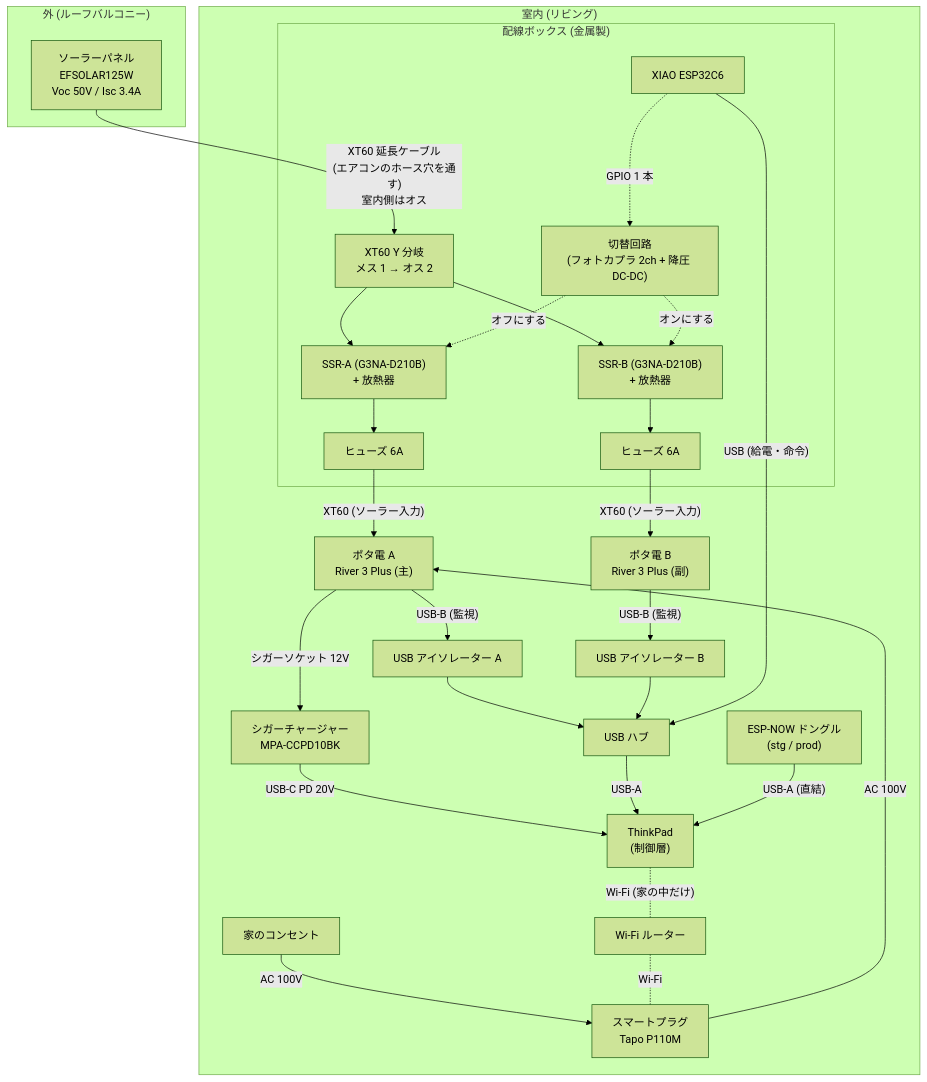
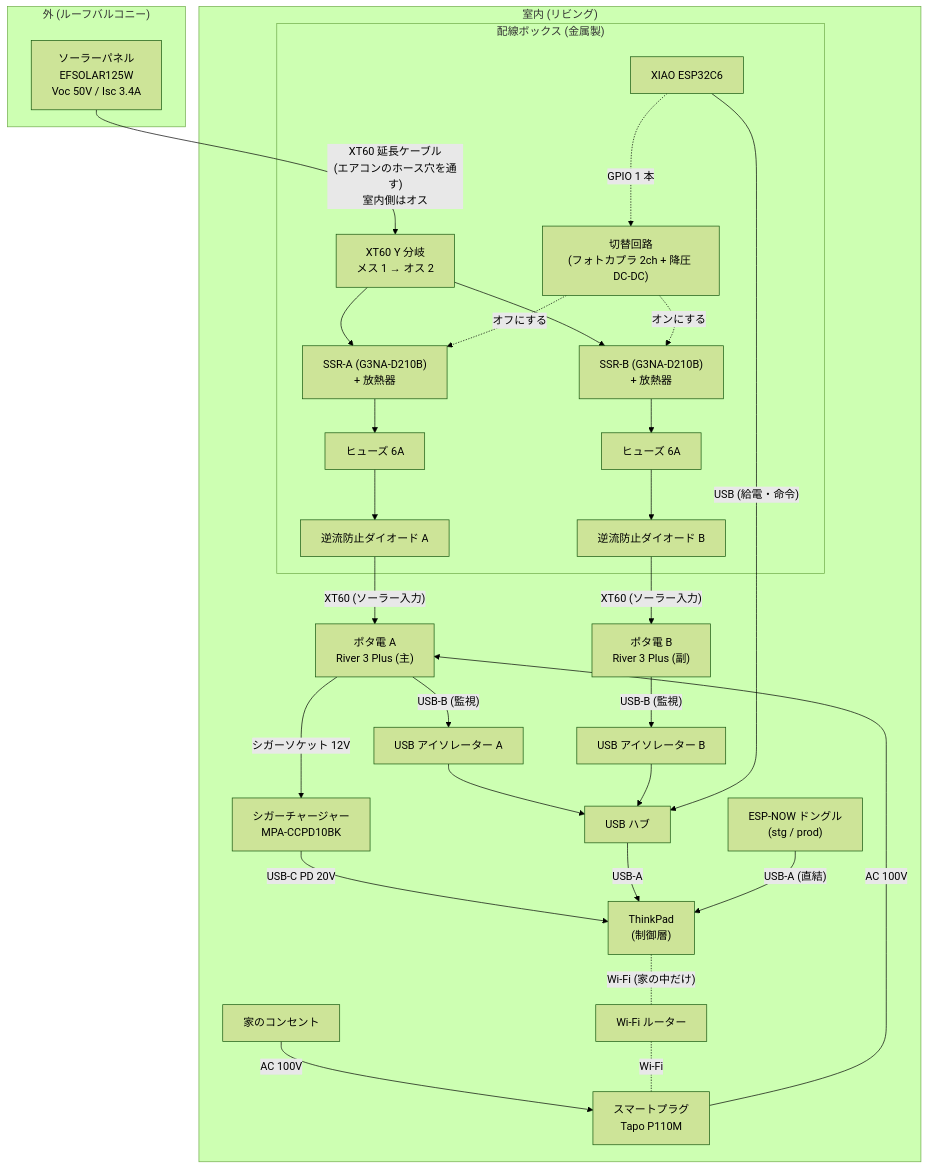
Before and after one commit to junkei-okinawa/FarmVerse: the first of 2 diagrams in docs/3_PowerSystem/01_電源システム設計.md, drawn with Mermaid (forest theme).

Commit message:
docs(power): show backflow diodes in the overall wiring diagram

````diff
--- a/docs/3_PowerSystem/01_電源システム設計.md
+++ b/docs/3_PowerSystem/01_電源システム設計.md
@@ -35,49 +35,51 @@
 ```mermaid
 flowchart TB
     subgraph OUT["外 (ルーフバルコニー)"]
         PV["ソーラーパネル<br/>EFSOLAR125W<br/>Voc 50V / Isc 3.4A"]
     end
 
     PV -- "XT60 延長ケーブル<br/>(エアコンのホース穴を通す)<br/>室内側はオス" --> Y
 
     subgraph IN["室内 (リビング)"]
         subgraph BOX["配線ボックス (金属製)"]
             Y["XT60 Y 分岐<br/>メス 1 → オス 2"]
             SSRA["SSR-A (G3NA-D210B)<br/>+ 放熱器"]
             SSRB["SSR-B (G3NA-D210B)<br/>+ 放熱器"]
             FA["ヒューズ 6A"]
             FB["ヒューズ 6A"]
+            DA["逆流防止ダイオード A"]
+            DB["逆流防止ダイオード B"]
             CTRL["切替回路<br/>(フォトカプラ 2ch + 降圧 DC-DC)"]
             ESP["XIAO ESP32C6"]
         end
 
         A["ポタ電 A<br/>River 3 Plus (主)"]
         B["ポタ電 B<br/>River 3 Plus (副)"]
         TP["ThinkPad<br/>(制御層)"]
         HUB["USB ハブ"]
         ISOA["USB アイソレーター A"]
         ISO["USB アイソレーター B"]
         CC["シガーチャージャー<br/>MPA-CCPD10BK"]
         P1["スマートプラグ<br/>Tapo P110M"]
         WALL["家のコンセント"]
         WIFI["Wi-Fi ルーター"]
         DONGLE["ESP-NOW ドングル<br/>(stg / prod)"]
     end
 
-    Y --> SSRA --> FA -- "XT60 (ソーラー入力)" --> A
-    Y --> SSRB --> FB -- "XT60 (ソーラー入力)" --> B
+    Y --> SSRA --> FA --> DA -- "XT60 (ソーラー入力)" --> A
+    Y --> SSRB --> FB --> DB -- "XT60 (ソーラー入力)" --> B
 
     A -- "シガーソケット 12V" --> CC -- "USB-C PD 20V" --> TP
     WALL -- "AC 100V" --> P1 -- "AC 100V" --> A
 
     A -- "USB-B (監視)" --> ISOA --> HUB
     B -- "USB-B (監視)" --> ISO --> HUB
     ESP -- "USB (給電・命令)" --> HUB
     HUB -- "USB-A" --> TP
     DONGLE -- "USB-A (直結)" --> TP
 
     ESP -. "GPIO 1 本" .-> CTRL
     CTRL -. "オフにする" .-> SSRA
     CTRL -. "オンにする" .-> SSRB
     TP -. "Wi-Fi (家の中だけ)" .- WIFI -. "Wi-Fi" .- P1
 ```
````
